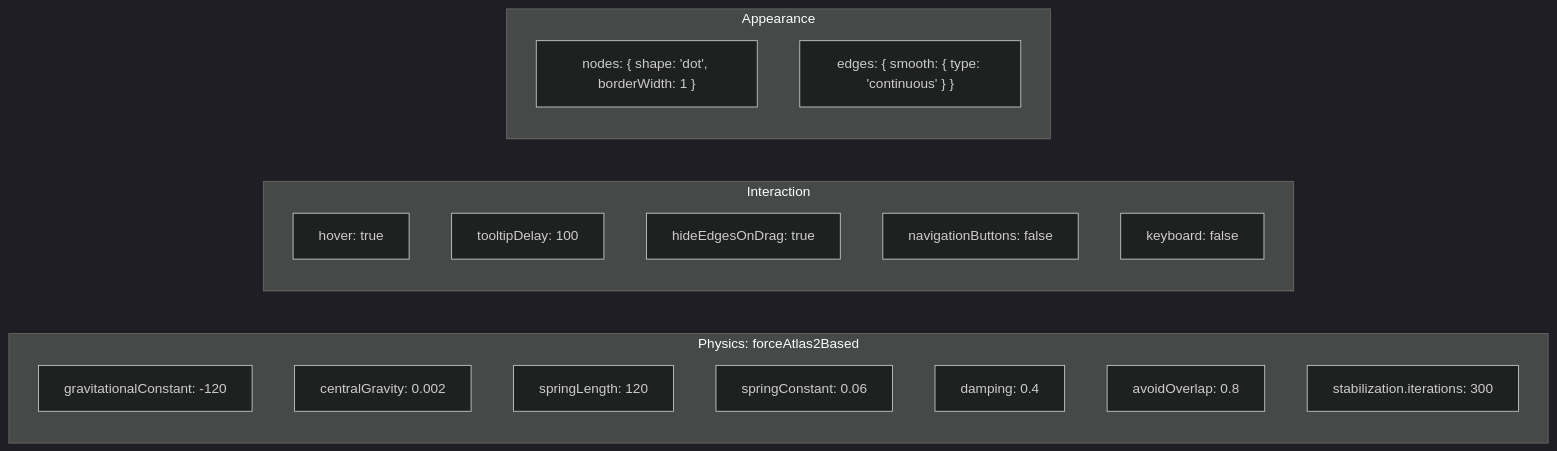
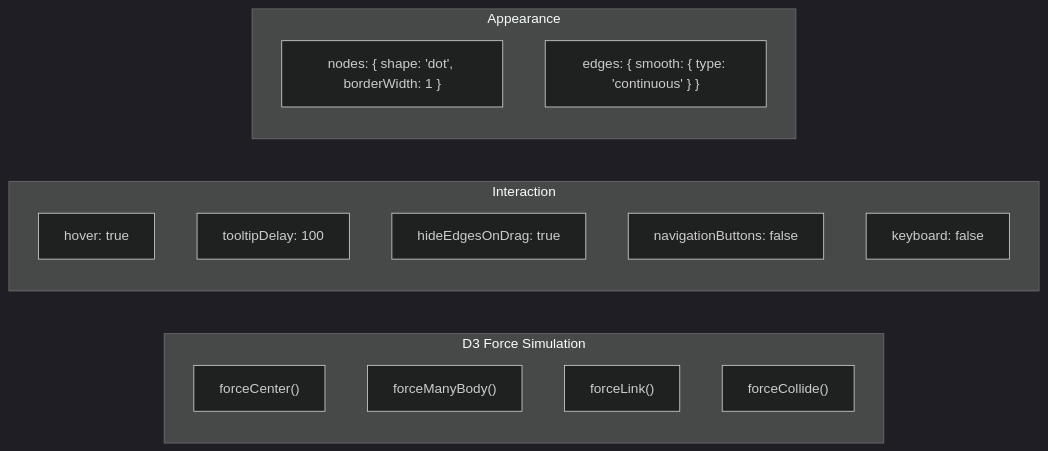
One commit to Arham-Qureshi/codebase-vis changed the third of 11 diagrams in ARCHITECTURE/visualizer.md. Above: the diagram before and after it, drawn with Mermaid (dark theme). The commit also changed other lines of this file, not shown here.

Commit message:
docs: update visualizer — vis-network to D3 force layout

````diff
--- a/ARCHITECTURE/visualizer.md
+++ b/ARCHITECTURE/visualizer.md
@@ -102,25 +102,22 @@
 ```mermaid
 flowchart LR
-    subgraph physics["Physics: forceAtlas2Based"]
-        G["gravitationalConstant: -120"]
-        CG["centralGravity: 0.002"]
-        SL["springLength: 120"]
-        SC["springConstant: 0.06"]
-        D["damping: 0.4"]
-        AO["avoidOverlap: 0.8"]
-        SI["stabilization.iterations: 300"]
+    subgraph physics["D3 Force Simulation"]
+        FC["forceCenter()"]
+        FMB["forceManyBody()"]
+        FL["forceLink()"]
+        FCO["forceCollide()"]
     end
 
     subgraph interaction["Interaction"]
         H["hover: true"]
         TD["tooltipDelay: 100"]
         HED["hideEdgesOnDrag: true"]
         NB["navigationButtons: false"]
         K["keyboard: false"]
     end
 
     subgraph appearance["Appearance"]
         NS["nodes: { shape: 'dot', borderWidth: 1 }"]
         ES["edges: { smooth: { type: 'continuous' } }"]
     end
 ```
````
